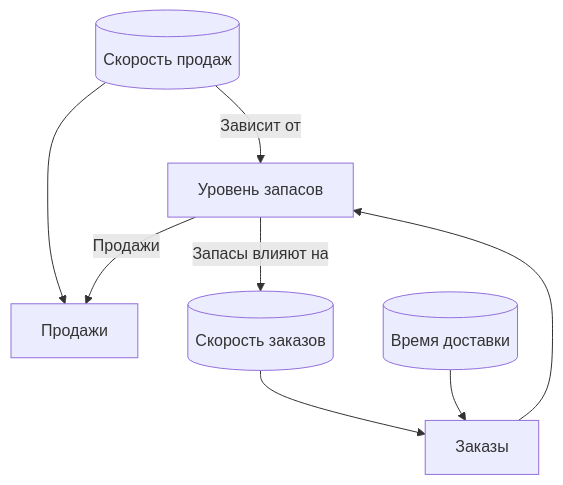
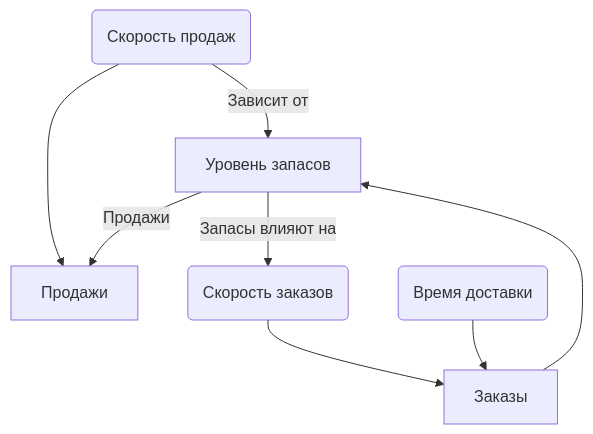
One commit to sta-zot/PIS changed the eighth of 13 diagrams in РГРТУ/МиКМ/README.md. Above: the diagram before and after it, drawn with Mermaid.

Commit message:
Обновлена модель системной динамики для управления запасами в магазине

````diff
--- a/РГРТУ/МиКМ/README.md
+++ b/РГРТУ/МиКМ/README.md
@@ -1137,10 +1137,10 @@
 ```mermaid
 graph TD;
   stock[Уровень запасов] -->|Продажи| outflow[Продажи];
   inflow[Заказы] --> stock;
-  sales_rate[(Скорость продаж)] --> outflow;
-  order_rate[(Скорость заказов)] --> inflow;
+  sales_rate(Скорость продаж) --> outflow;
+  order_rate(Скорость заказов) --> inflow;
   stock -->|Запасы влияют на| order_rate;
-  time_delay[(Время доставки)] --> inflow;
+  time_delay(Время доставки) --> inflow;
   sales_rate -->|Зависит от| stock;
 ```
````
